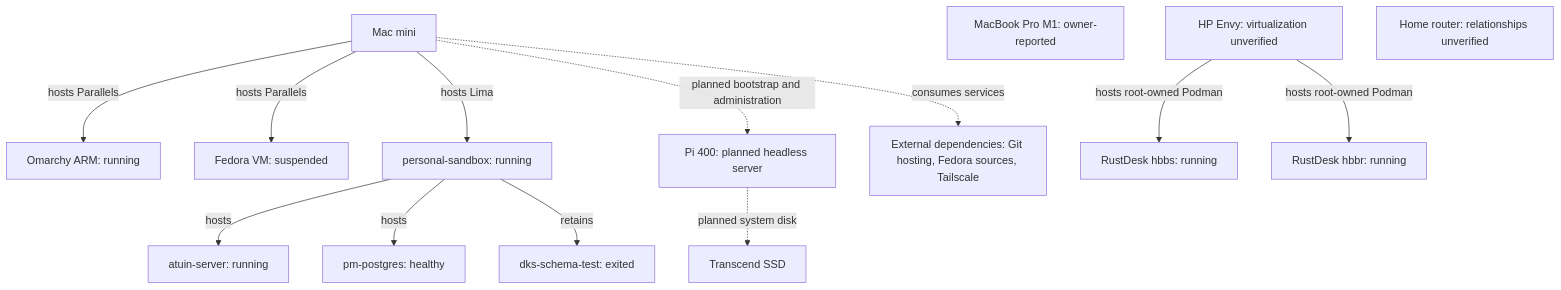
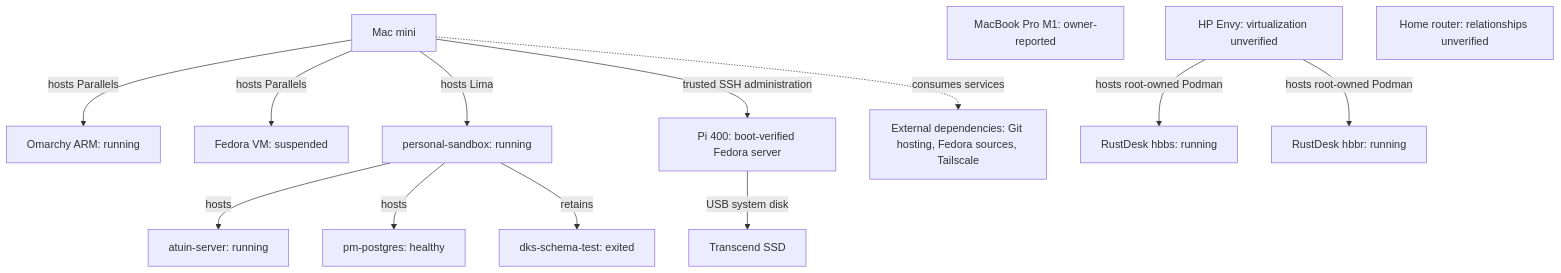
Before and after one commit to Saltiola7/dotfiles: the first of 3 diagrams in docs/specs/homelab_topology/README.md, drawn with Mermaid. The commit also changed other lines of this file and 6 other files, not shown here.

Commit message:
docs(pi): close verified headless deployment

````diff
--- a/docs/specs/homelab_topology/README.md
+++ b/docs/specs/homelab_topology/README.md
@@ -87,20 +87,20 @@
 ```mermaid
 flowchart TD
   accTitle: Personal homelab baseline
-  accDescr: Mac mini hosts Parallels guests and a personal Lima sandbox. Sandbox hosts three observed containers. MacBook Pro, HP and planned Pi are separate physical targets. Pi storage is planned. External providers are separate dependencies.
+  accDescr: Mac mini hosts Parallels guests and a personal Lima sandbox. Sandbox hosts three observed containers. MacBook Pro, HP and the boot-verified Pi are separate physical targets. Pi storage and administration are observed. External providers are separate dependencies.
   Mac[Mac mini] -->|hosts Parallels| Omarchy[Omarchy ARM: running]
   Mac -->|hosts Parallels| Fedora[Fedora VM: suspended]
   Mac -->|hosts Lima| Lima[personal-sandbox: running]
   Lima -->|hosts| Atuin[atuin-server: running]
   Lima -->|hosts| PG[pm-postgres: healthy]
   Lima -->|retains| Test[dks-schema-test: exited]
   MBP[MacBook Pro M1: owner-reported]
   HP[HP Envy: virtualization unverified]
   HP -->|hosts root-owned Podman| HBBS[RustDesk hbbs: running]
   HP -->|hosts root-owned Podman| HBBR[RustDesk hbbr: running]
   Router[Home router: relationships unverified]
-  Pi[Pi 400: planned headless server] -.->|planned system disk| SSD[Transcend SSD]
-  Mac -.->|planned bootstrap and administration| Pi
+  Pi[Pi 400: boot-verified Fedora server] -->|USB system disk| SSD[Transcend SSD]
+  Mac -->|trusted SSH administration| Pi
   External[External dependencies: Git hosting, Fedora sources, Tailscale]
   Mac -.->|consumes services| External
 ```
````
